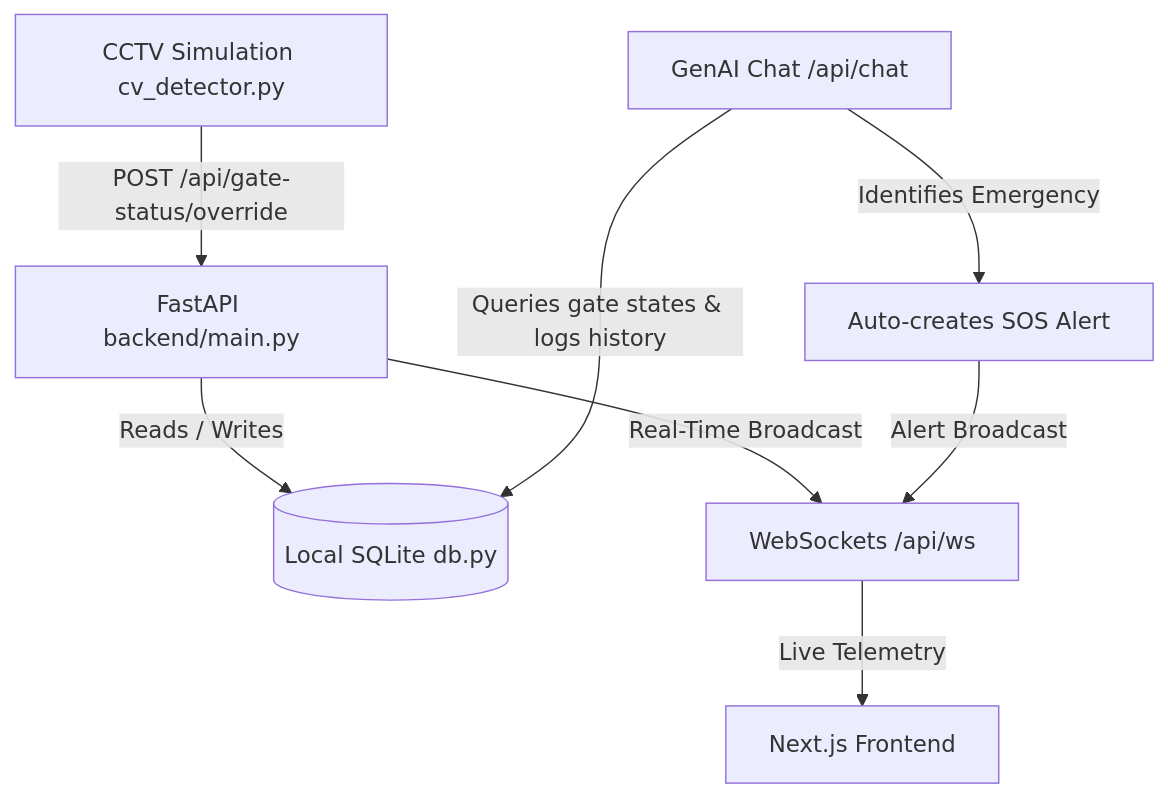
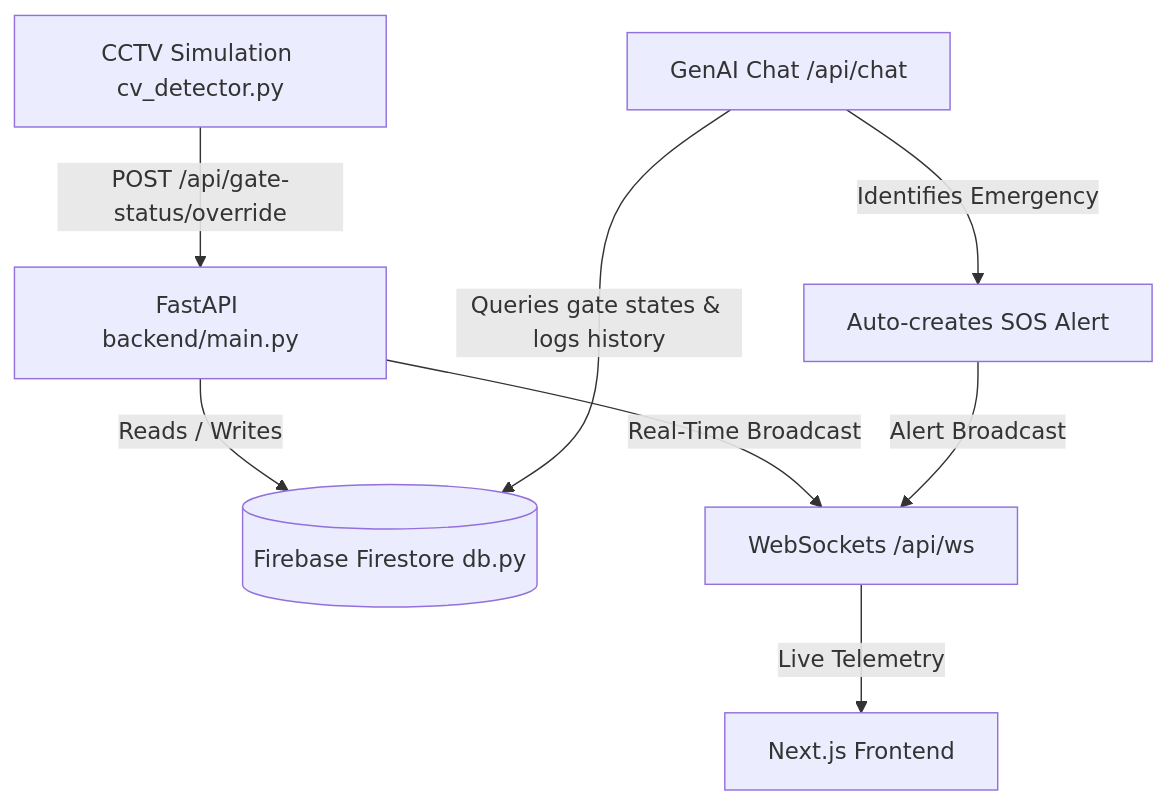
Before and after one commit to AkashChaman/FIFA: the diagram in README.md, drawn with Mermaid. The commit also changed other lines of this file and 6 other files, not shown here.

Commit message:
Migrate SQLite database to Firebase Cloud Firestore and add Render hosting guide

````diff
--- a/README.md
+++ b/README.md
@@ -13,10 +13,10 @@
 ```mermaid
 graph TD
     CV[CCTV Simulation cv_detector.py] -->|POST /api/gate-status/override| API[FastAPI backend/main.py]
-    API -->|Reads / Writes| DB[(Local SQLite db.py)]
+    API -->|Reads / Writes| DB[(Firebase Firestore db.py)]
     API -->|Real-Time Broadcast| WS[WebSockets /api/ws]
     WS -->|Live Telemetry| FE[Next.js Frontend]
     AI[GenAI Chat /api/chat] -->|Queries gate states & logs history| DB
     AI -->|Identifies Emergency| SOS[Auto-creates SOS Alert]
     SOS -->|Alert Broadcast| WS
 ```
````
